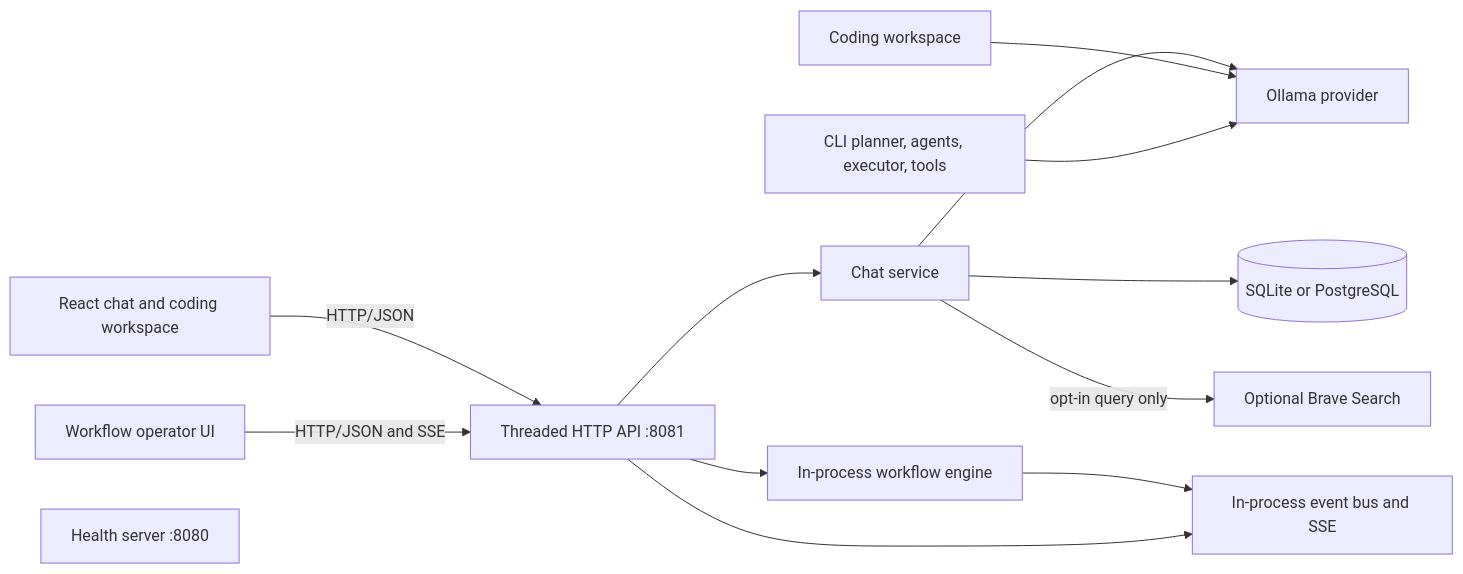
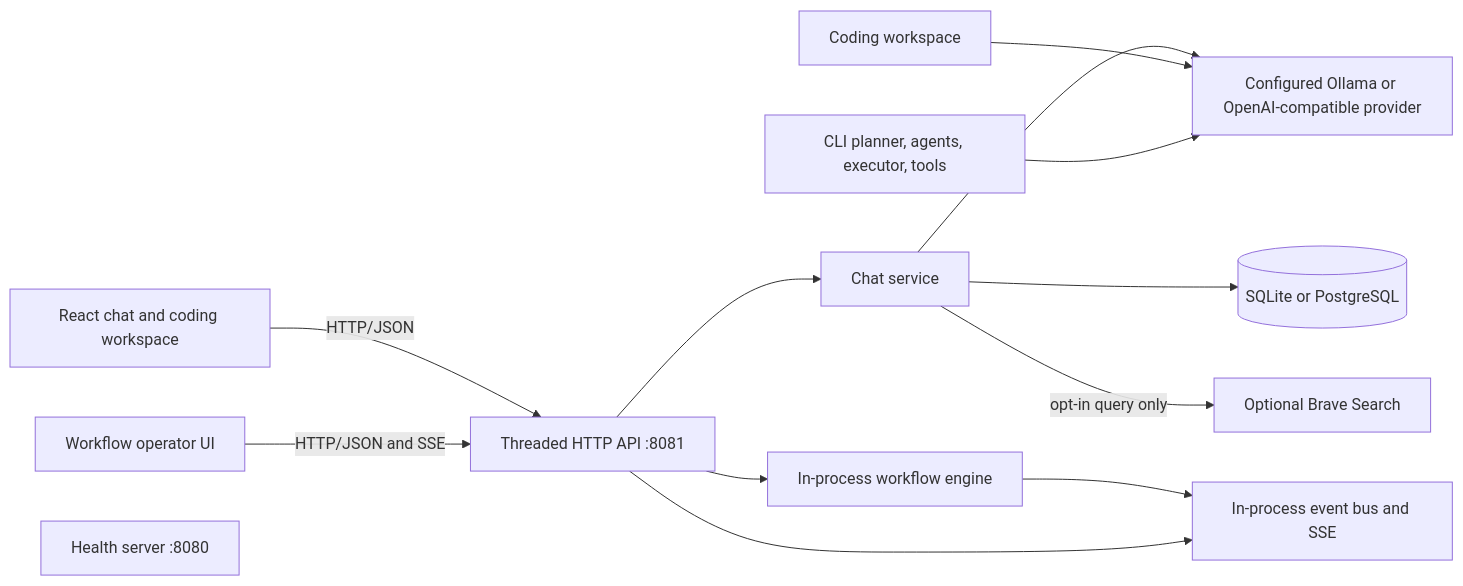
The first of 2 diagrams in docs/architecture.md (Vikasvareya/AI-Agent), drawn with Mermaid before and after one commit. The commit also changed 76 other files, not shown here.

````diff
--- a/docs/architecture.md
+++ b/docs/architecture.md
@@ -9,27 +9,27 @@
 ```mermaid
 flowchart LR
     Browser[React chat and coding workspace]
     Operator[Workflow operator UI]
     API[Threaded HTTP API :8081]
     Health[Health server :8080]
     Chat[Chat service]
     Coding[Coding workspace]
     Workflow[In-process workflow engine]
     Runtime[CLI planner, agents, executor, tools]
-    Provider[Ollama provider]
+    Provider[Configured Ollama or OpenAI-compatible provider]
     Store[(SQLite or PostgreSQL)]
     Events[In-process event bus and SSE]
     Search[Optional Brave Search]
 
     Browser -->|HTTP/JSON| API
     Operator -->|HTTP/JSON and SSE| API
     API --> Chat
     API --> Workflow
     Chat --> Provider
     Coding --> Provider
     Runtime --> Provider
     Chat --> Store
     Chat -->|opt-in query only| Search
     Workflow --> Events
     API --> Events
 ```
````
